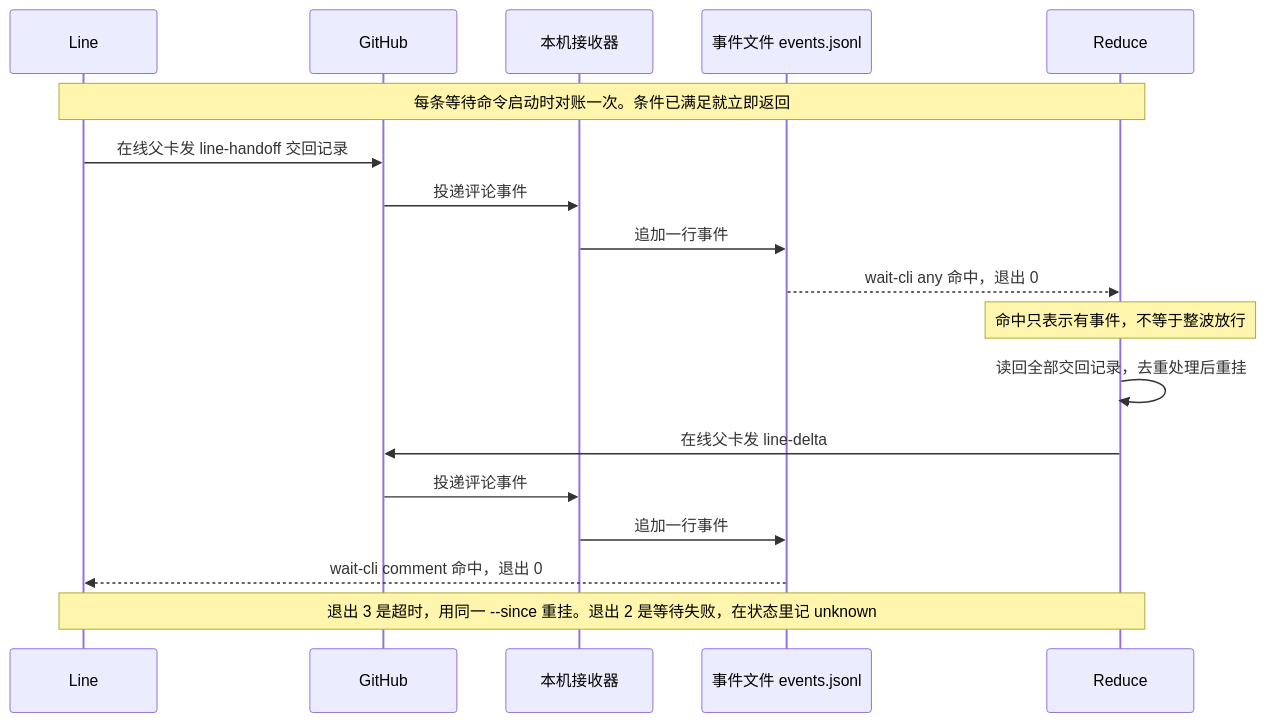
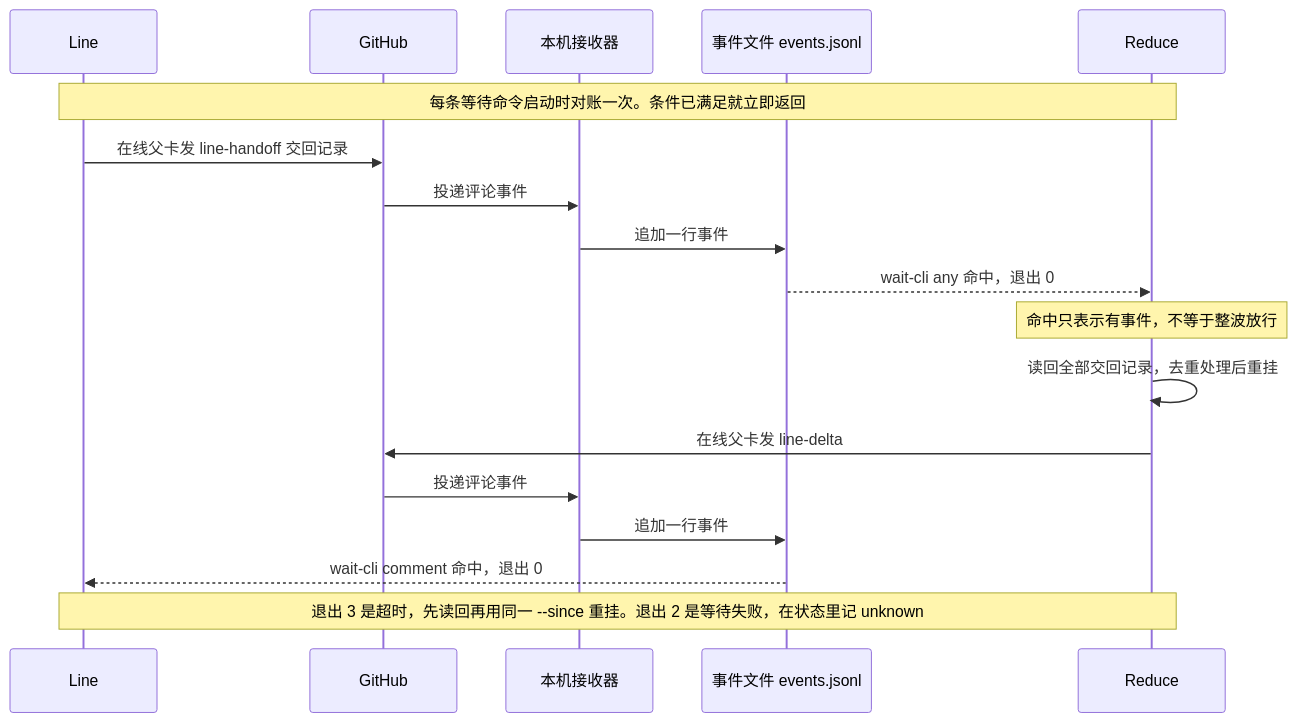
Before and after one commit to nemori-ai/omne-harness-lite: the second of 2 diagrams in docs/engineering/integration.md, drawn with Mermaid. The commit also changed other lines of this file and 6 other files, not shown here.

````diff
--- a/docs/engineering/integration.md
+++ b/docs/engineering/integration.md
@@ -427,20 +428,20 @@
 ```mermaid
 sequenceDiagram
   participant L as Line
   participant G as GitHub
   participant R as 本机接收器
   participant E as 事件文件 events.jsonl
   participant D as Reduce
   Note over L,D: 每条等待命令启动时对账一次。条件已满足就立即返回
   L->>G: 在线父卡发 line-handoff 交回记录
   G->>R: 投递评论事件
   R->>E: 追加一行事件
   E-->>D: wait-cli any 命中，退出 0
   Note over D: 命中只表示有事件，不等于整波放行
   D->>D: 读回全部交回记录，去重处理后重挂
   D->>G: 在线父卡发 line-delta
   G->>R: 投递评论事件
   R->>E: 追加一行事件
   E-->>L: wait-cli comment 命中，退出 0
-  Note over L,D: 退出 3 是超时，用同一 --since 重挂。退出 2 是等待失败，在状态里记 unknown
+  Note over L,D: 退出 3 是超时，先读回再用同一 --since 重挂。退出 2 是等待失败，在状态里记 unknown
 ```
````
